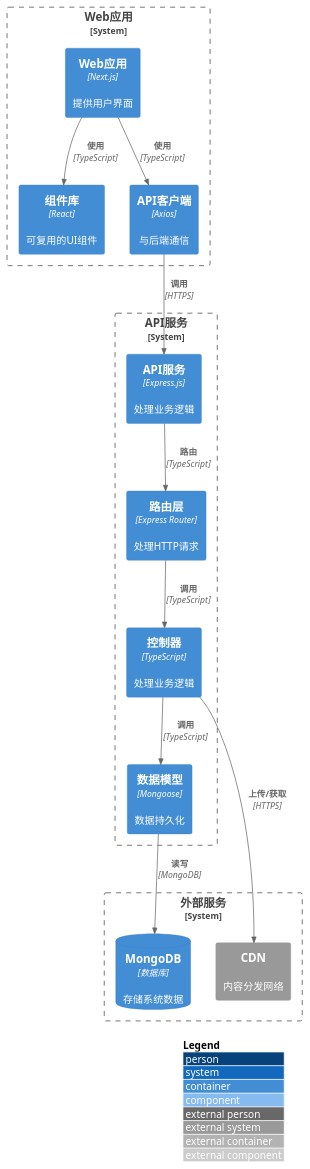
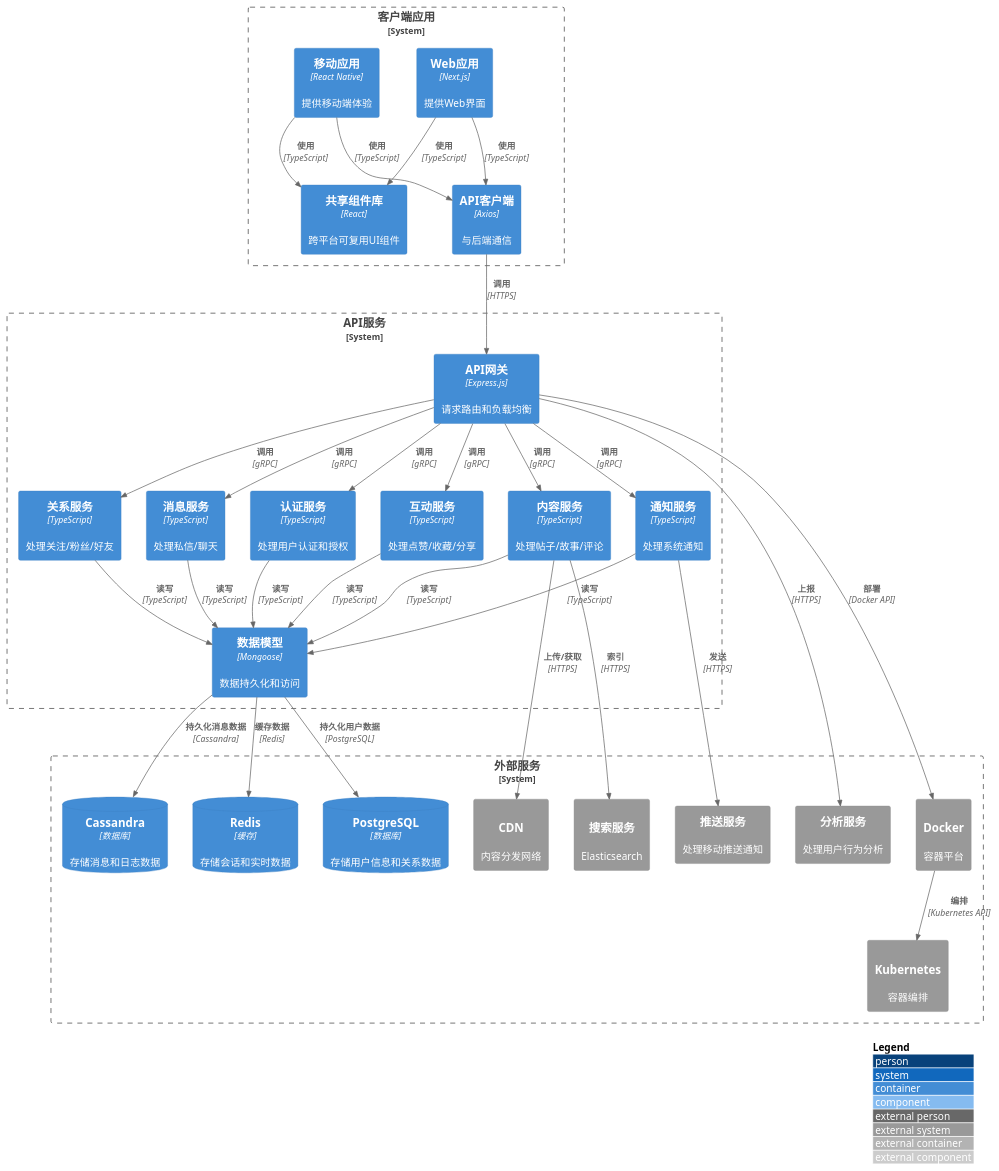
Before and after one commit to felixzhu97/social-media-project: the diagram in docs/architecture/c4-container.puml, drawn with PlantUML. The commit also changed 8 other files, not shown here.

```diff
--- a/docs/architecture/c4-container.puml
+++ b/docs/architecture/c4-container.puml
@@ -1,35 +1,72 @@
 @startuml
 !include ./c4-plantuml//C4_Container.puml
 !include ./c4-plantuml//C4_Component.puml
 
 LAYOUT_WITH_LEGEND()
 
 ' 容器图
-System_Boundary(web_app_boundary, "Web应用") {
-    Container(web_app, "Web应用", "Next.js", "提供用户界面")
-    Container(components, "组件库", "React", "可复用的UI组件")
+System_Boundary(client_boundary, "客户端应用") {
+    Container(web_app, "Web应用", "Next.js", "提供Web界面")
+    Container(mobile_app, "移动应用", "React Native", "提供移动端体验")
+    Container(components, "共享组件库", "React", "跨平台可复用UI组件")
     Container(api_client, "API客户端", "Axios", "与后端通信")
 }
 
 System_Boundary(api_boundary, "API服务") {
-    Container(api, "API服务", "Express.js", "处理业务逻辑")
-    Container(routes, "路由层", "Express Router", "处理HTTP请求")
-    Container(controllers, "控制器", "TypeScript", "处理业务逻辑")
-    Container(models, "数据模型", "Mongoose", "数据持久化")
+    Container(api, "API网关", "Express.js", "请求路由和负载均衡")
+    Container(auth_service, "认证服务", "TypeScript", "处理用户认证和授权")
+    Container(post_service, "内容服务", "TypeScript", "处理帖子/故事/评论")
+    Container(interaction_service, "互动服务", "TypeScript", "处理点赞/收藏/分享")
+    Container(relationship_service, "关系服务", "TypeScript", "处理关注/粉丝/好友")
+    Container(message_service, "消息服务", "TypeScript", "处理私信/聊天")
+    Container(notification_service, "通知服务", "TypeScript", "处理系统通知")
+    Container(models, "数据模型", "Mongoose", "数据持久化和访问")
 }
 
 System_Boundary(external_boundary, "外部服务") {
-    ContainerDb(db, "MongoDB", "数据库", "存储系统数据")
-    System_Ext(cdn, "CDN", "内容分发网络")
+    ContainerDb(postgres, "PostgreSQL", "数据库", "存储用户信息和关系数据")
+    ContainerDb(cassandra, "Cassandra", "数据库", "存储消息和日志数据")
+    ContainerDb(redis, "Redis", "缓存", "存储会话和实时数据")
+    System_Ext(cdn, "CDN", "内容分发网络", "存储和分发媒体内容")
+    System_Ext(push_service, "推送服务", "处理移动推送通知")
+    System_Ext(search_service, "搜索服务", "Elasticsearch", "提供内容搜索功能")
+    System_Ext(analytics_service, "分析服务", "处理用户行为分析")
+    System_Ext(docker, "Docker", "容器平台", "提供容器化运行环境")
+    System_Ext(k8s, "Kubernetes", "容器编排", "管理容器集群")
 }
 
+' 客户端内部关系
 Rel(web_app, components, "使用", "TypeScript")
+Rel(mobile_app, components, "使用", "TypeScript")
 Rel(web_app, api_client, "使用", "TypeScript")
+Rel(mobile_app, api_client, "使用", "TypeScript")
+
+' API网关与微服务关系
 Rel(api_client, api, "调用", "HTTPS")
-Rel(api, routes, "路由", "TypeScript")
-Rel(routes, controllers, "调用", "TypeScript")
-Rel(controllers, models, "调用", "TypeScript")
-Rel(models, db, "读写", "MongoDB")
-Rel(controllers, cdn, "上传/获取", "HTTPS")
+Rel(api, auth_service, "调用", "gRPC")
+Rel(api, post_service, "调用", "gRPC")
+Rel(api, interaction_service, "调用", "gRPC") 
+Rel(api, relationship_service, "调用", "gRPC")
+Rel(api, message_service, "调用", "gRPC")
+Rel(api, notification_service, "调用", "gRPC")
+
+' 服务与数据层关系
+Rel(auth_service, models, "读写", "TypeScript")
+Rel(post_service, models, "读写", "TypeScript")
+Rel(interaction_service, models, "读写", "TypeScript")
+Rel(relationship_service, models, "读写", "TypeScript")
+Rel(message_service, models, "读写", "TypeScript")
+Rel(notification_service, models, "读写", "TypeScript")
+
+' 外部服务关系
+Rel(models, postgres, "持久化用户数据", "PostgreSQL")
+Rel(models, cassandra, "持久化消息数据", "Cassandra")
+Rel(models, redis, "缓存数据", "Redis")
+Rel(post_service, cdn, "上传/获取", "HTTPS")
+Rel(notification_service, push_service, "发送", "HTTPS")
+Rel(post_service, search_service, "索引", "HTTPS")
+Rel(api, analytics_service, "上报", "HTTPS")
+Rel(api, docker, "部署", "Docker API")
+Rel(docker, k8s, "编排", "Kubernetes API")
 
 @enduml
```
